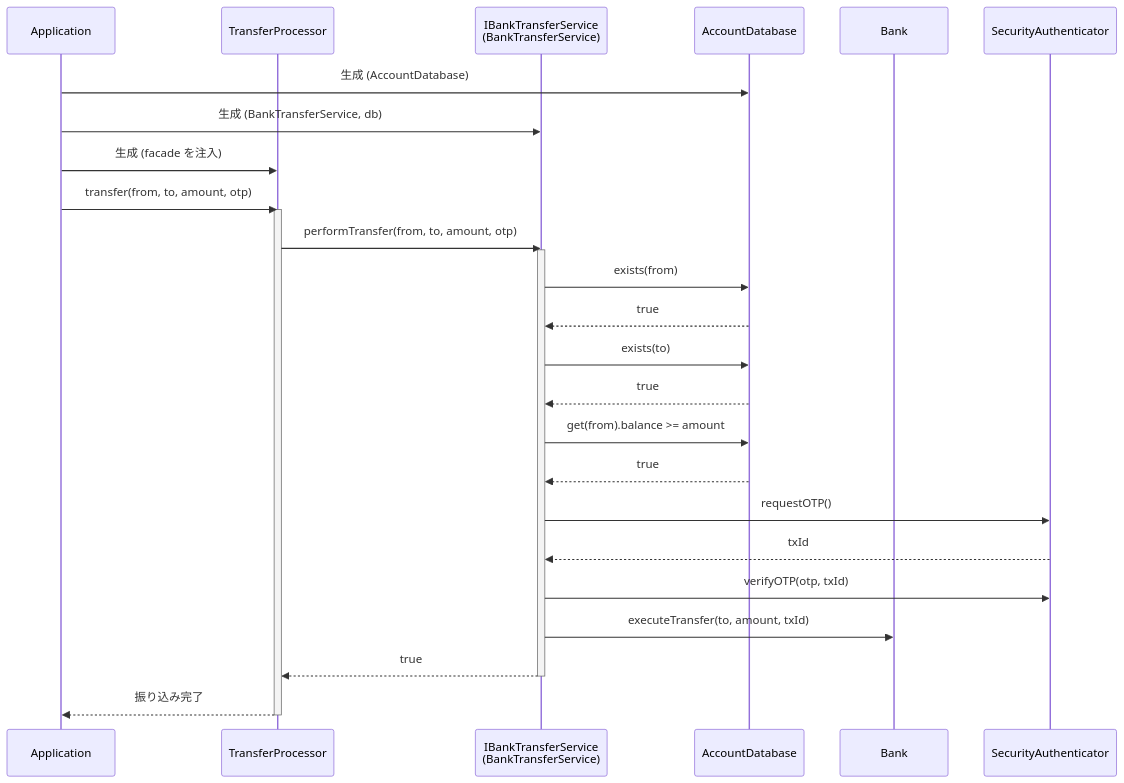
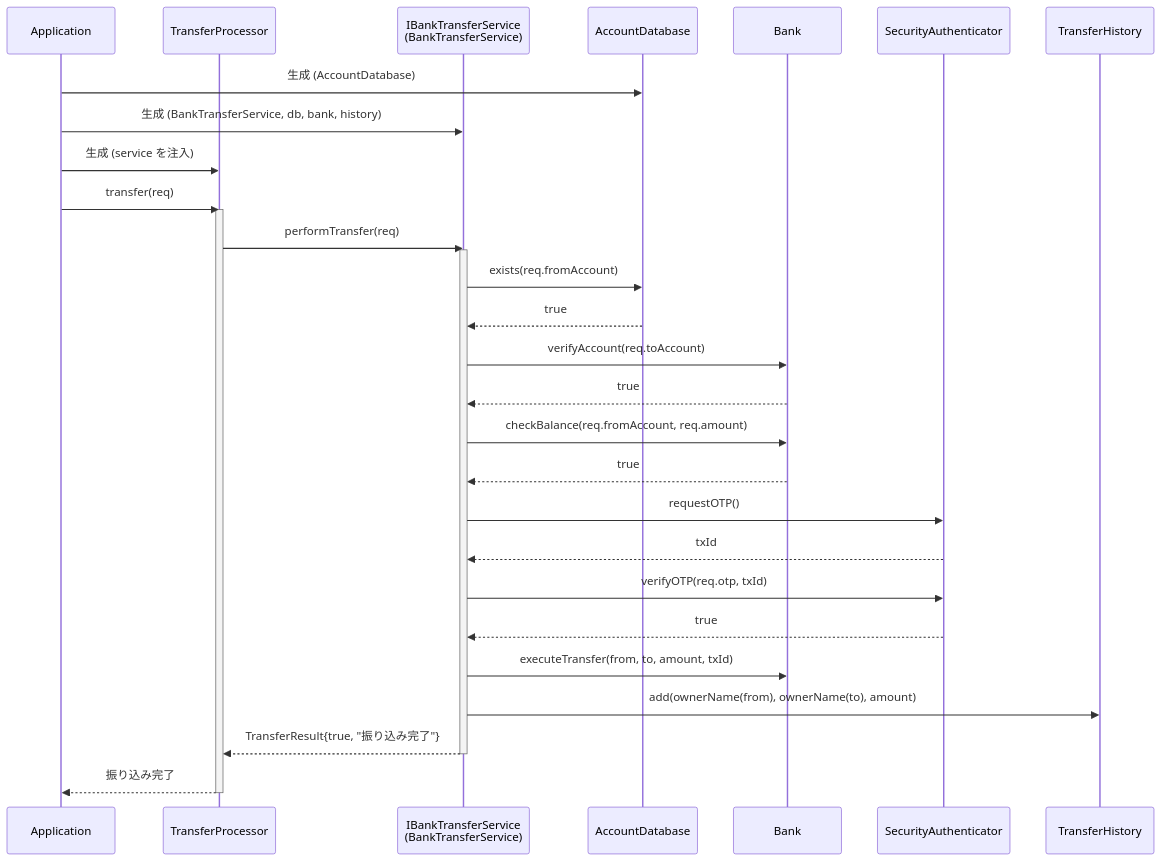
One commit to kumachan1101-pixel/DesignPattern changed diagram 14 of 17 in kindle/design-patterns/output/chapter02.md. Above: the diagram before and after it, drawn with Mermaid. The commit also changed other lines of this file, not shown here.

First paragraph of the commit message:
第2章の論理不整合8件を修正（LOGIC-202/207/210/211/212/213 ほか, #68）
本章のHigh 2件のうち、シーケンス図の矛盾を解消した。もう1件
（LOGIC-201 補償処理が要求に不在）は要求ベースラインの追加を伴う
ため未着手。

````diff
--- a/kindle/design-patterns/output/chapter02.md
+++ b/kindle/design-patterns/output/chapter02.md
@@ -1721,31 +1722,34 @@
 ```mermaid
 sequenceDiagram
     participant App as Application
     participant T as TransferProcessor
     participant F as IBankTransferService<br/>(BankTransferService)
     participant DB as AccountDatabase
     participant G as Bank
     participant A as SecurityAuthenticator
+    participant H as TransferHistory
 
     App->>DB: 生成 (AccountDatabase)
-    App->>F: 生成 (BankTransferService, db)
-    App->>T: 生成 (facade を注入)
-    App->>T: transfer(from, to, amount, otp)
+    App->>F: 生成 (BankTransferService, db, bank, history)
+    App->>T: 生成 (service を注入)
+    App->>T: transfer(req)
     activate T
-    T->>F: performTransfer(from, to, amount, otp)
+    T->>F: performTransfer(req)
     activate F
-    F->>DB: exists(from)
+    F->>DB: exists(req.fromAccount)
     DB-->>F: true
-    F->>DB: exists(to)
-    DB-->>F: true
-    F->>DB: get(from).balance >= amount
-    DB-->>F: true
+    F->>G: verifyAccount(req.toAccount)
+    G-->>F: true
+    F->>G: checkBalance(req.fromAccount, req.amount)
+    G-->>F: true
     F->>A: requestOTP()
     A-->>F: txId
-    F->>A: verifyOTP(otp, txId)
-    F->>G: executeTransfer(to, amount, txId)
-    F-->>T: true
+    F->>A: verifyOTP(req.otp, txId)
+    A-->>F: true
+    F->>G: executeTransfer(from, to, amount, txId)
+    F->>H: add(ownerName(from), ownerName(to), amount)
+    F-->>T: TransferResult{true, "振り込み完了"}
     deactivate F
     T-->>App: 振り込み完了
     deactivate T
 ```
````
